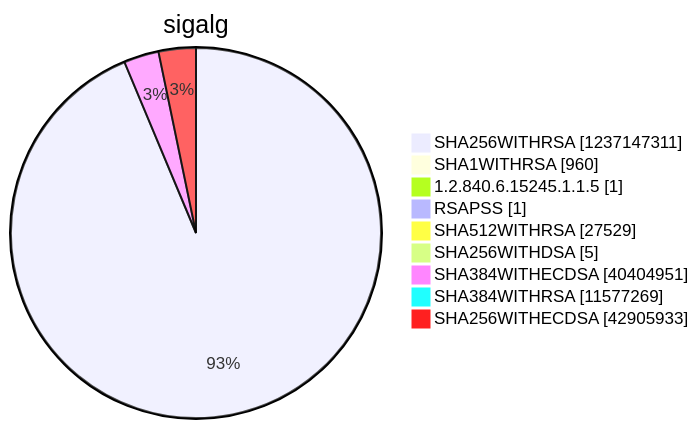
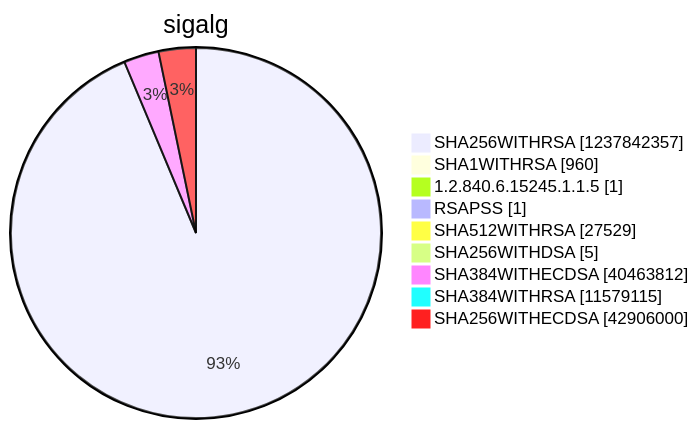
Before and after one commit to christiankrug/ctmonitor_visualization: diagram 15 of 15 in argon2022/README.md, drawn with Mermaid. The commit also changed other lines of this file, not shown here.

````diff
--- a/argon2022/README.md
+++ b/argon2022/README.md
@@ -5522,13 +5522,13 @@
 ```mermaid
 pie showData
 title sigalg
-"SHA256WITHRSA" :1237147311
+"SHA256WITHRSA" :1237842357
 "SHA1WITHRSA" :960
 "1.2.840.6.15245.1.1.5" :1
 "RSAPSS" :1
 "SHA512WITHRSA" :27529
 "SHA256WITHDSA" :5
-"SHA384WITHECDSA" :40404951
-"SHA384WITHRSA" :11577269
-"SHA256WITHECDSA" :42905933
+"SHA384WITHECDSA" :40463812
+"SHA384WITHRSA" :11579115
+"SHA256WITHECDSA" :42906000
 ```
````
